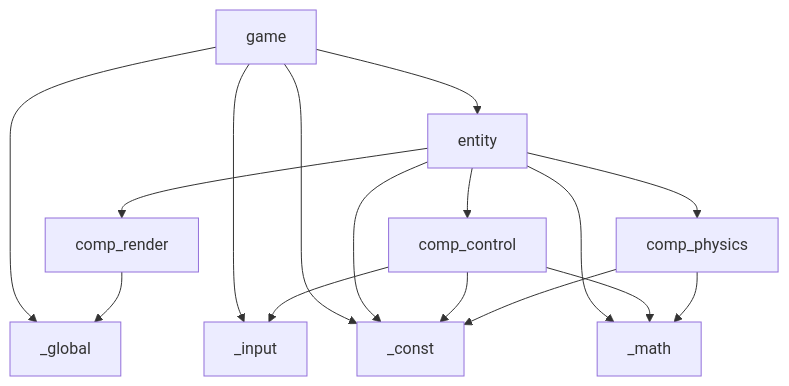
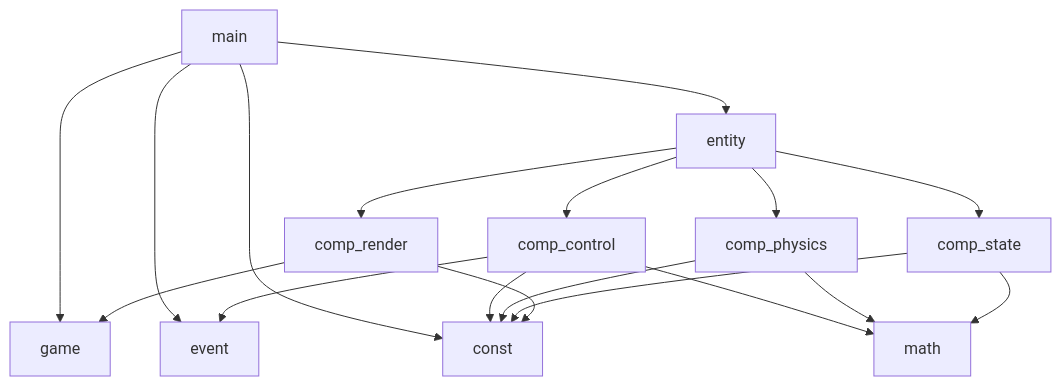
Before and after one commit to dtldyg/physics-sync-demo: the first of 2 diagrams in README.md, drawn with Mermaid. The commit also changed other lines of this file and 6 other files, not shown here.

````diff
--- a/README.md
+++ b/README.md
@@ -15,22 +17,25 @@
 ```mermaid
 graph TD
-     game --> _global
-     game --> _input
-     game --> _const
-     game --> entity
+     main --> game
+     main --> event
+     main --> const
+     main --> entity
 
-     entity --> _math
-     entity --> _const
      entity --> comp_control
      entity --> comp_physics
+     entity --> comp_state
      entity --> comp_render
 
-     comp_control --> _input
-     comp_control --> _math
-     comp_control --> _const
+     comp_control --> event
+     comp_control --> math
+     comp_control --> const
 
-     comp_physics --> _math
-     comp_physics --> _const
+     comp_physics --> math
+     comp_physics --> const
 
-     comp_render --> _global
+     comp_state --> math
+     comp_state --> const
+
+     comp_render --> game
+     comp_render --> const
 ```
````
